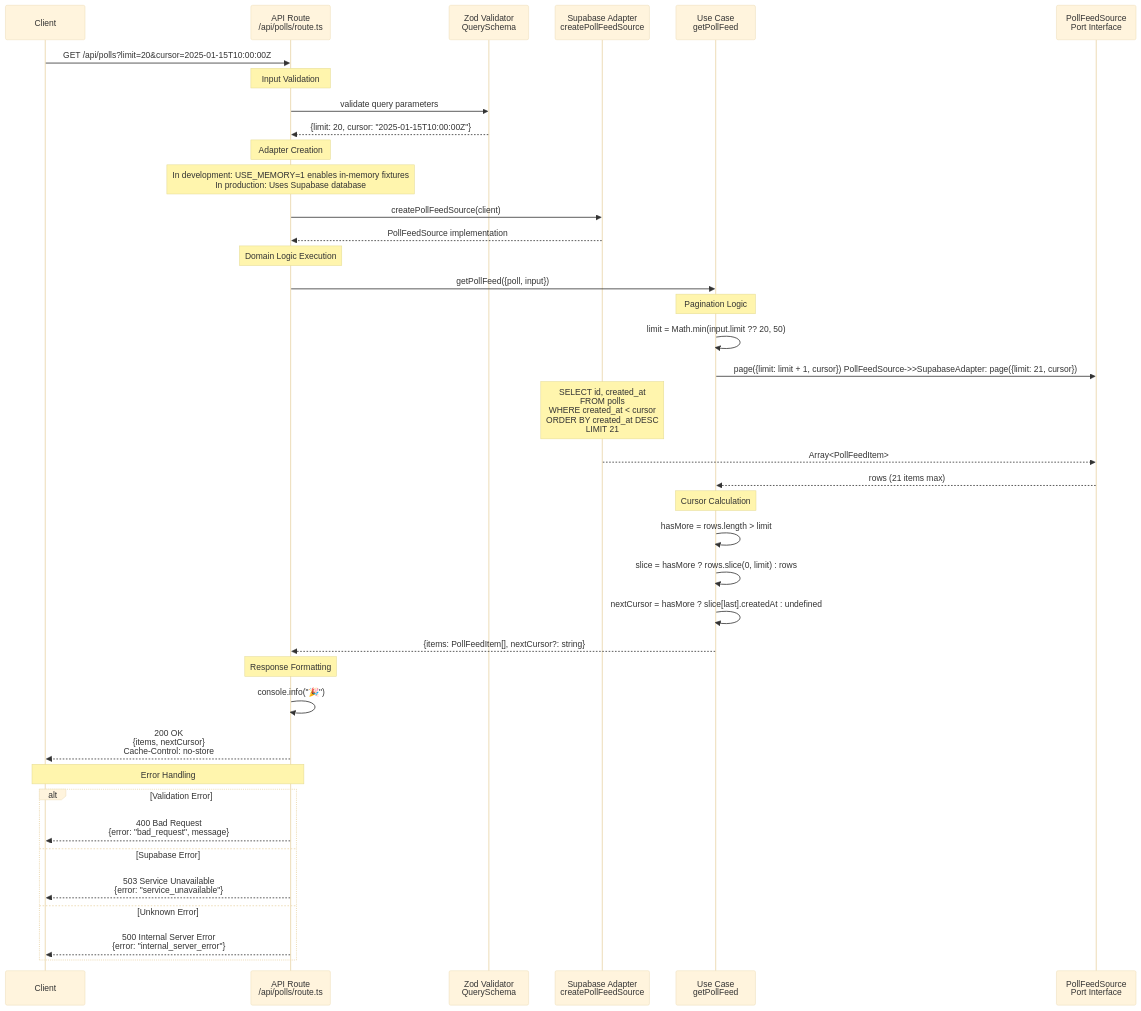
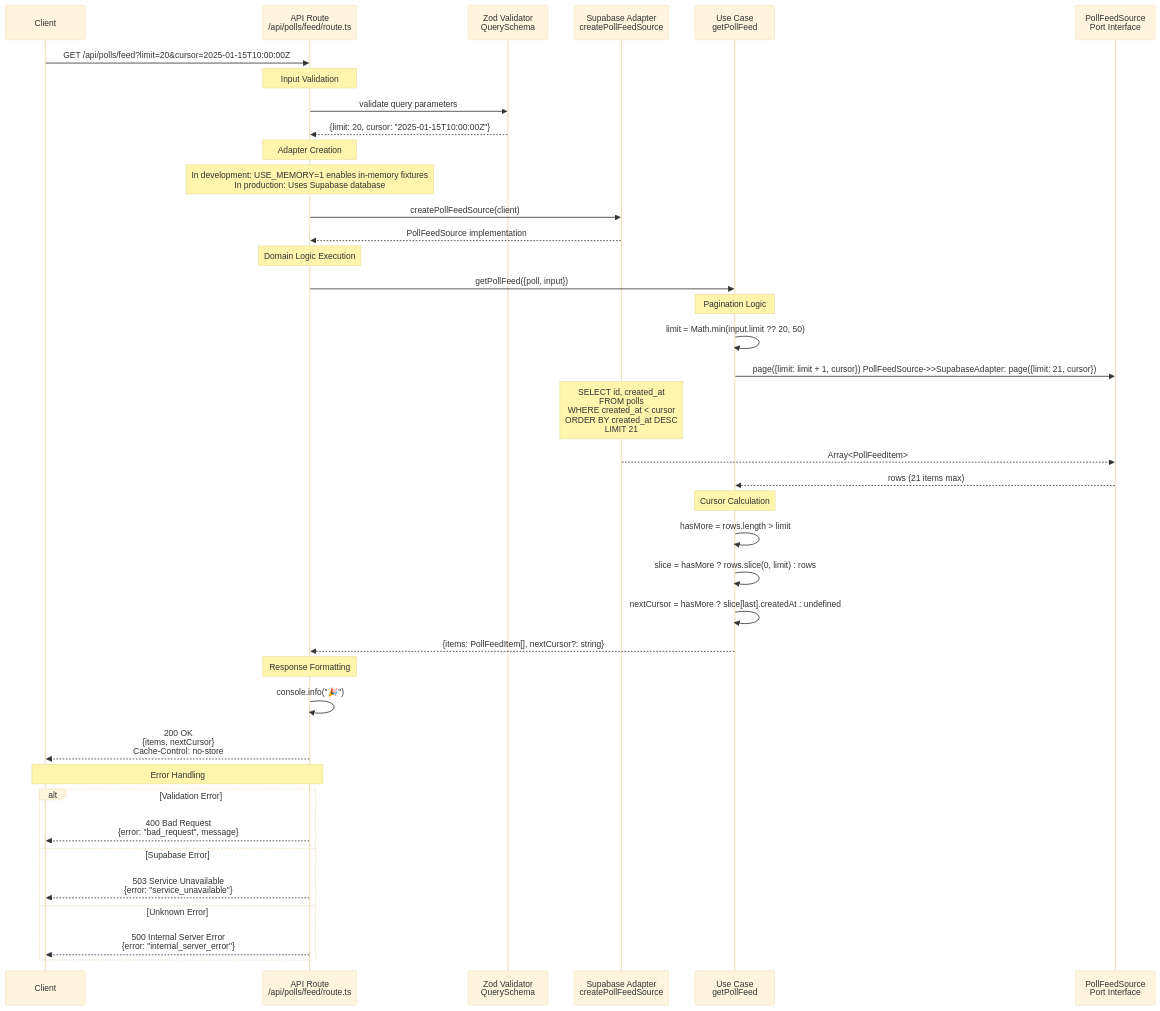
One commit to sandbox-as-a-service/directional-sentiment changed the diagram in .github/sequence-diagrams/get-poll-feed.md. Above: the diagram before and after it, drawn with Mermaid (base theme). The commit also changed other lines of this file and 2 other files, not shown here.

Commit message:
feat: update API routes and sequence diagrams for poll feed and results endpoints

````diff
--- a/.github/sequence-diagrams/get-poll-feed.md
+++ b/.github/sequence-diagrams/get-poll-feed.md
@@ -5,51 +5,51 @@
 ```mermaid
 sequenceDiagram
     participant Client
-    participant Route as API Route<br/>/api/polls/route.ts
+    participant Route as API Route<br/>/api/polls/feed/route.ts
     participant Zod as Zod Validator<br/>QuerySchema
     participant SupabaseAdapter as Supabase Adapter<br/>createPollFeedSource
     participant UseCase as Use Case<br/>getPollFeed
     participant PollFeedSource as PollFeedSource<br/>Port Interface
 
-    Client->>Route: GET /api/polls?limit=20&cursor=2025-01-15T10:00:00Z
+    Client->>Route: GET /api/polls/feed?limit=20&cursor=2025-01-15T10:00:00Z
 
     Note over Route: Input Validation
     Route->>Zod: validate query parameters
     Zod-->>Route: {limit: 20, cursor: "2025-01-15T10:00:00Z"}
 
     Note over Route: Adapter Creation
     Note over Route: In development: USE_MEMORY=1 enables in-memory fixtures<br/>In production: Uses Supabase database
     Route->>SupabaseAdapter: createPollFeedSource(client)
     SupabaseAdapter-->>Route: PollFeedSource implementation
 
     Note over Route: Domain Logic Execution
     Route->>UseCase: getPollFeed({poll, input})
 
     Note over UseCase: Pagination Logic
     UseCase->>UseCase: limit = Math.min(input.limit ?? 20, 50)
     UseCase->>PollFeedSource: page({limit: limit + 1, cursor})    PollFeedSource->>SupabaseAdapter: page({limit: 21, cursor})
     Note over SupabaseAdapter: SELECT id, created_at<br/>FROM polls<br/>WHERE created_at < cursor<br/>ORDER BY created_at DESC<br/>LIMIT 21
     SupabaseAdapter-->>PollFeedSource: Array<PollFeedItem>
 
     PollFeedSource-->>UseCase: rows (21 items max)
 
     Note over UseCase: Cursor Calculation
     UseCase->>UseCase: hasMore = rows.length > limit
     UseCase->>UseCase: slice = hasMore ? rows.slice(0, limit) : rows
     UseCase->>UseCase: nextCursor = hasMore ? slice[last].createdAt : undefined
 
     UseCase-->>Route: {items: PollFeedItem[], nextCursor?: string}
 
     Note over Route: Response Formatting
     Route->>Route: console.info("🎉")
     Route-->>Client: 200 OK<br/>{items, nextCursor}<br/>Cache-Control: no-store
 
     Note over Route,Client: Error Handling
     alt Validation Error
         Route-->>Client: 400 Bad Request<br/>{error: "bad_request", message}
     else Supabase Error
         Route-->>Client: 503 Service Unavailable<br/>{error: "service_unavailable"}
     else Unknown Error
         Route-->>Client: 500 Internal Server Error<br/>{error: "internal_server_error"}
     end
 ```
````
